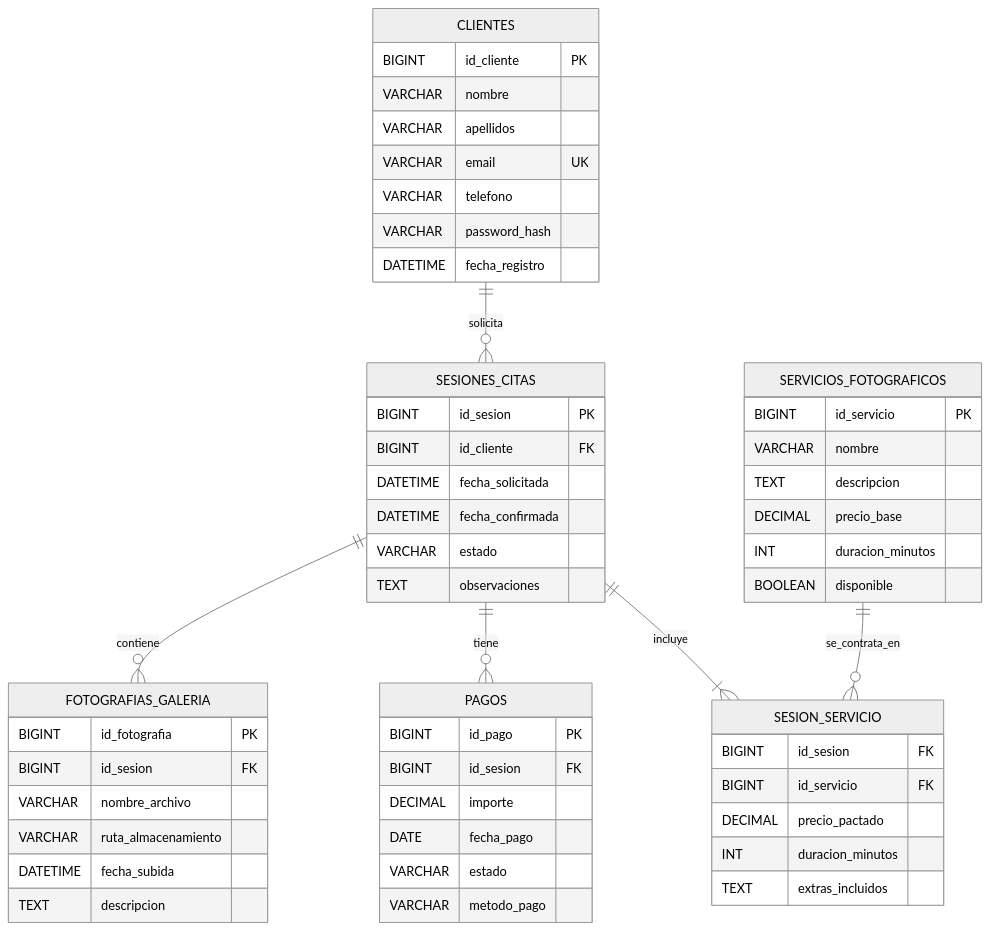
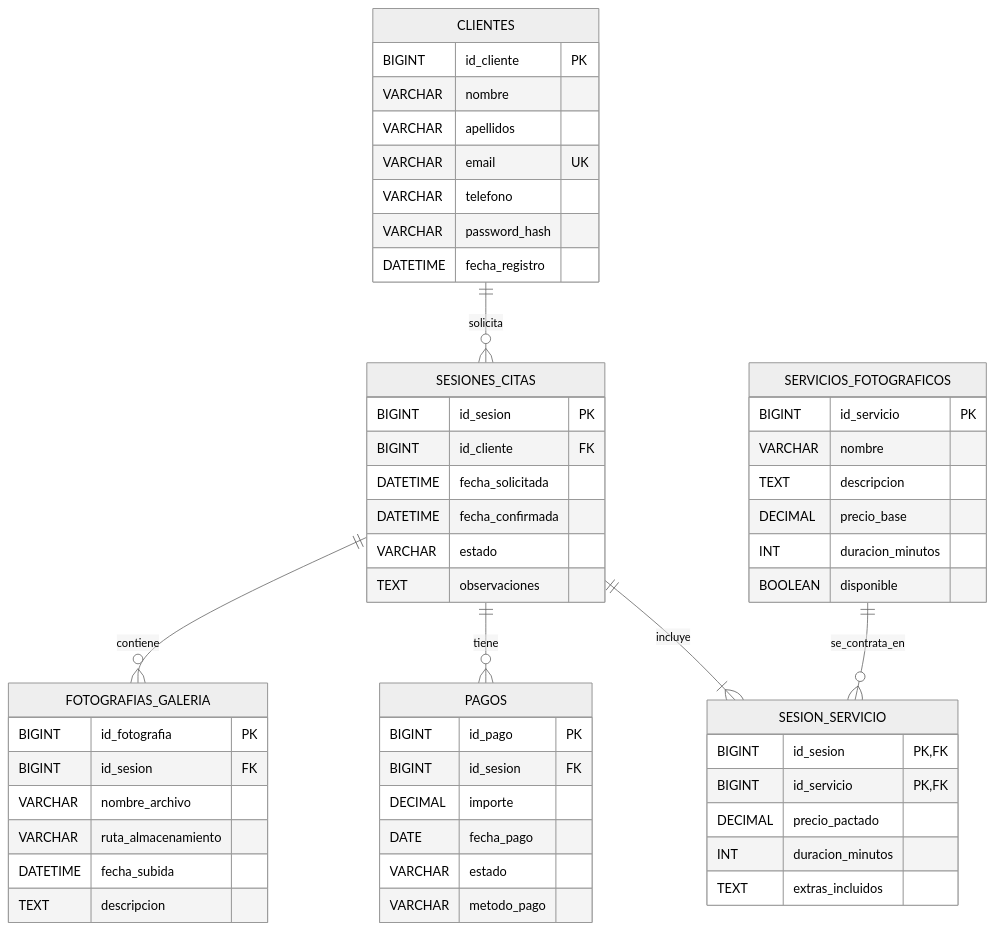
One commit to barbararequejo/daw-proyecto-fotogest-pro changed the diagram in docs/der.md. Above: the diagram before and after it, drawn with Mermaid (neutral theme).

Commit message:
Modify SESION_SERVICIO keys in der.md
Updated SESION_SERVICIO to set id_sesion and id_servicio as primary and foreign keys.

````diff
--- a/docs/der.md
+++ b/docs/der.md
@@ -11,62 +11,62 @@
 ```mermaid
 erDiagram
     CLIENTES ||--o{ SESIONES_CITAS : solicita
     SESIONES_CITAS ||--|{ SESION_SERVICIO : incluye
     SERVICIOS_FOTOGRAFICOS ||--o{ SESION_SERVICIO : se_contrata_en
     SESIONES_CITAS ||--o{ PAGOS : tiene
     SESIONES_CITAS ||--o{ FOTOGRAFIAS_GALERIA : contiene
 
     CLIENTES {
         BIGINT id_cliente PK
         VARCHAR nombre
         VARCHAR apellidos
         VARCHAR email UK
         VARCHAR telefono
         VARCHAR password_hash
         DATETIME fecha_registro
     }
 
     SERVICIOS_FOTOGRAFICOS {
         BIGINT id_servicio PK
         VARCHAR nombre
         TEXT descripcion
         DECIMAL precio_base
         INT duracion_minutos
         BOOLEAN disponible
     }
 
     SESIONES_CITAS {
         BIGINT id_sesion PK
         BIGINT id_cliente FK
         DATETIME fecha_solicitada
         DATETIME fecha_confirmada
         VARCHAR estado
         TEXT observaciones
     }
 
     SESION_SERVICIO {
-        BIGINT id_sesion FK
-        BIGINT id_servicio FK
+        BIGINT id_sesion PK, FK
+        BIGINT id_servicio PK, FK
         DECIMAL precio_pactado
         INT duracion_minutos
         TEXT extras_incluidos
     }
 
     PAGOS {
         BIGINT id_pago PK
         BIGINT id_sesion FK
         DECIMAL importe
         DATE fecha_pago
         VARCHAR estado
         VARCHAR metodo_pago
     }
 
     FOTOGRAFIAS_GALERIA {
         BIGINT id_fotografia PK
         BIGINT id_sesion FK
         VARCHAR nombre_archivo
         VARCHAR ruta_almacenamiento
         DATETIME fecha_subida
         TEXT descripcion
     }
 ```
````
